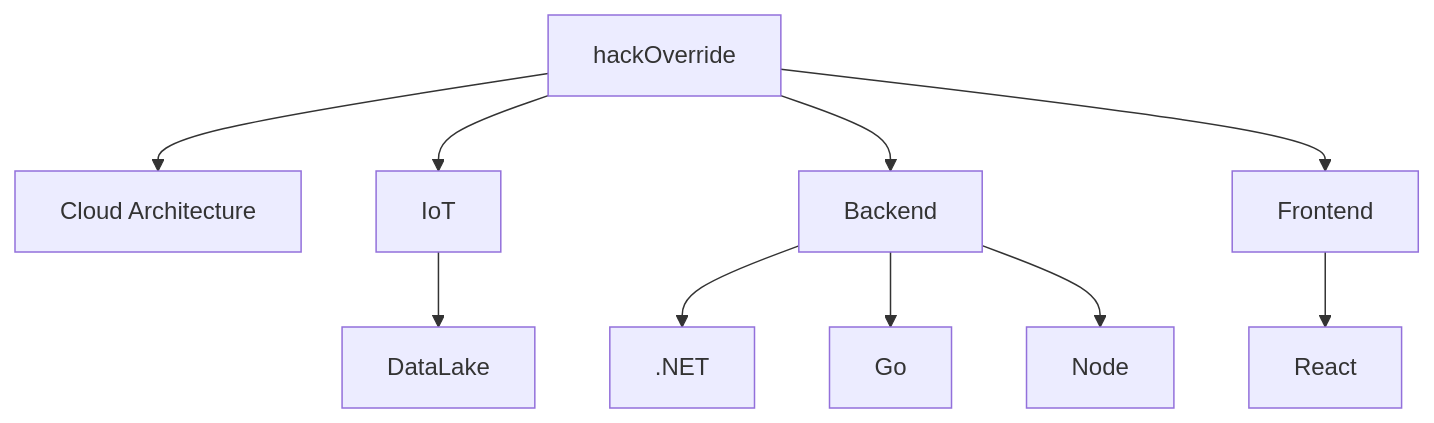
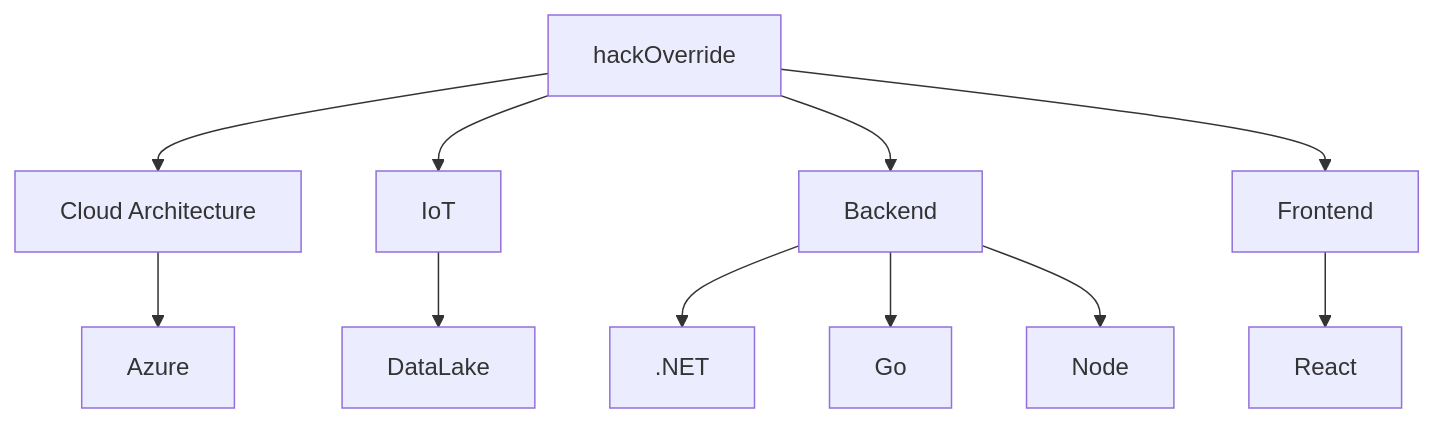
The diagram in README.md (hackoverride/hackoverride), drawn with Mermaid before and after one commit.

````diff
--- a/README.md
+++ b/README.md
@@ -3,12 +3,13 @@
 ```mermaid
   graph TD;
       A[hackOverride]-->B[Cloud Architecture];
+      B-->K[Azure];
       A-->C[IoT];
       C-->F[DataLake];
       A-->D[Backend];
       D-->G[.NET];
       D-->H[Go];
       D-->I[Node];
       A-->E[Frontend];
       E-->J[React];
 ```
````
